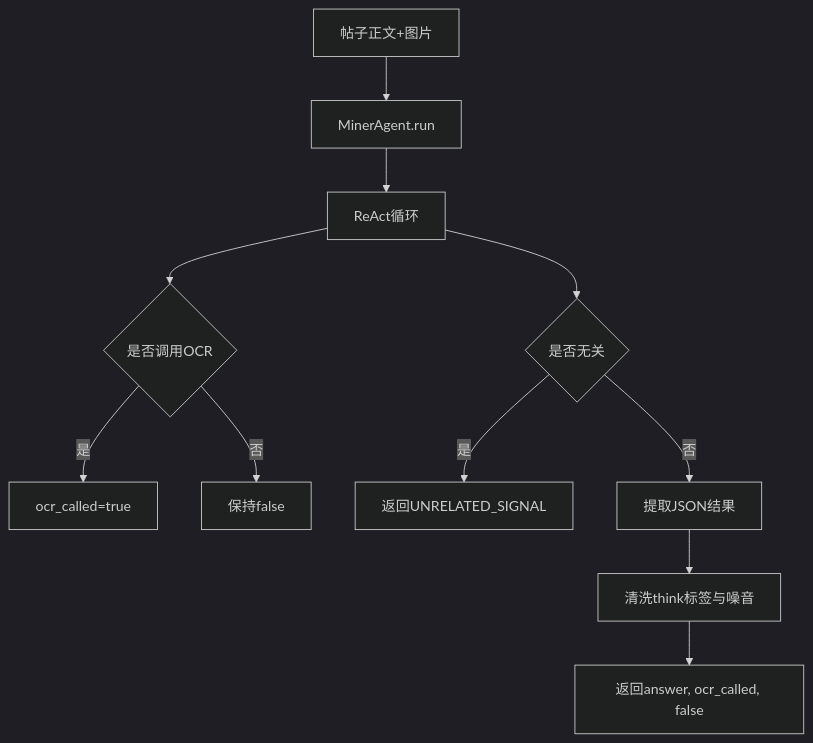
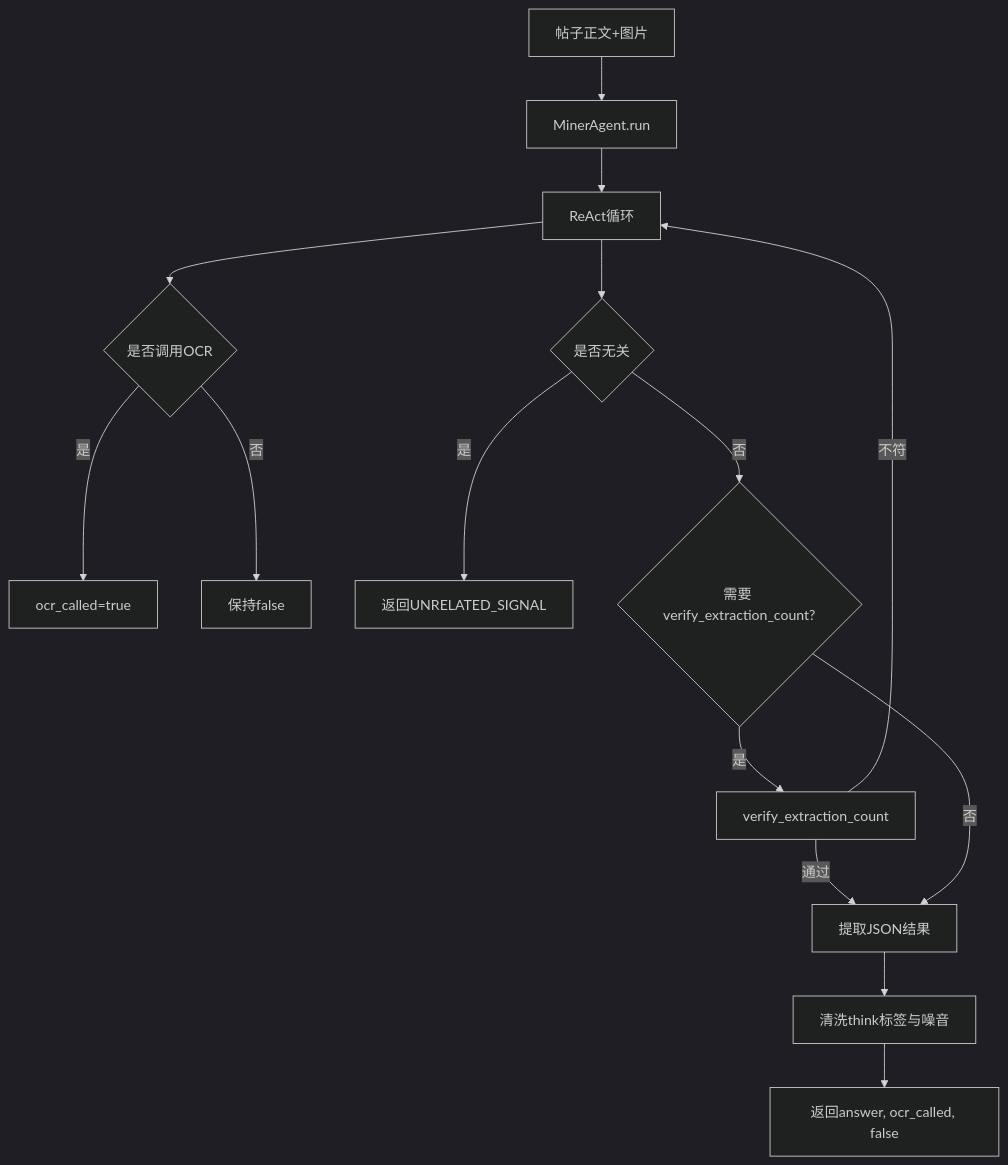
One commit to Wangxr126/InterviewExperienceCrawlerAgent changed the diagram in docs/系统梳理/Agent-Miner全景文档.md. Above: the diagram before and after it, drawn with Mermaid (dark theme). The commit also changed other lines of this file and 47 other files, not shown here.

Commit message:
图片修复

````diff
--- a/docs/系统梳理/Agent-Miner全景文档.md
+++ b/docs/系统梳理/Agent-Miner全景文档.md
@@ -84,13 +84,17 @@
 ```mermaid
 flowchart TD
     A[帖子正文+图片] --> B[MinerAgent.run]
     B --> C[ReAct循环]
     C --> D{是否调用OCR}
     D -->|是| E[ocr_called=true]
     D -->|否| F[保持false]
     C --> G{是否无关}
     G -->|是| H[返回UNRELATED_SIGNAL]
-    G -->|否| I[提取JSON结果]
+    G -->|否| V{需要 verify_extraction_count?}
+    V -->|是| VC[verify_extraction_count]
+    VC -->|不符| C
+    VC -->|通过| I[提取JSON结果]
+    V -->|否| I
     I --> J[清洗think标签与噪音]
     J --> K[返回answer, ocr_called, false]
 ```
````
